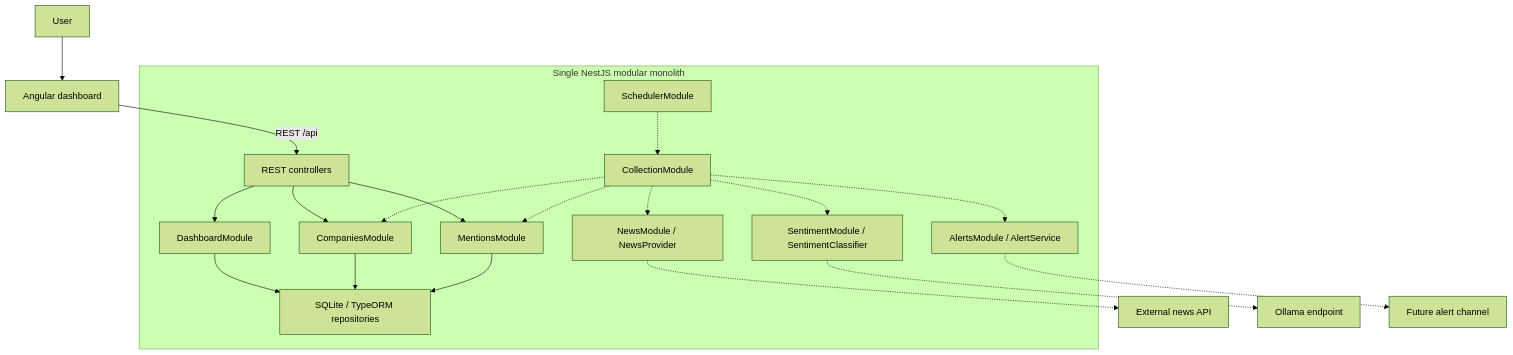
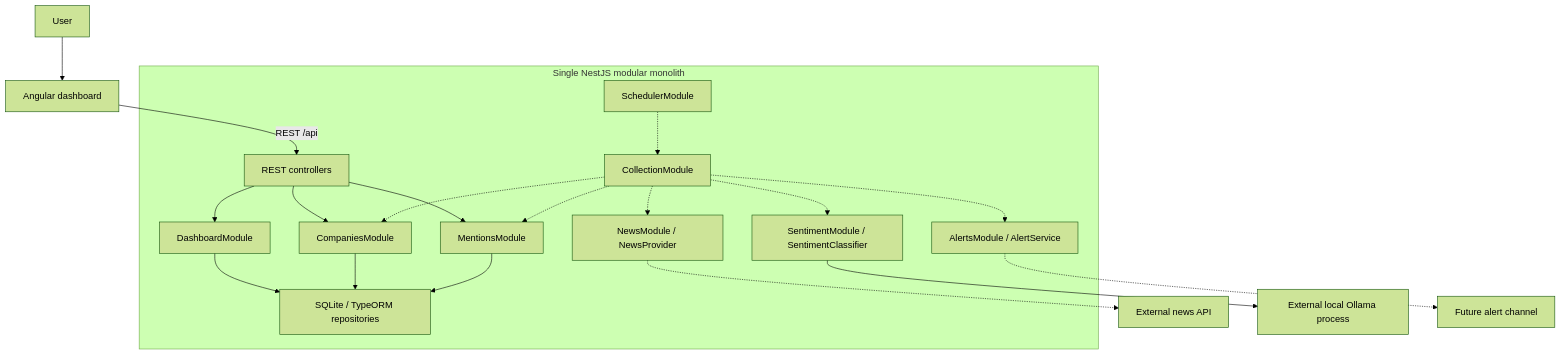
One commit to HenFaibishProjects/ourcrowd-press-monitor changed the first of 3 diagrams in docs/ARCHITECTURE.md. Above: the diagram before and after it, drawn with Mermaid (forest theme). The commit also changed other lines of this file and 25 other files, not shown here.

First line of the commit message:
Add company seed import and local Ollama sentiment classification

````diff
--- a/docs/ARCHITECTURE.md
+++ b/docs/ARCHITECTURE.md
@@ -62,23 +62,23 @@
 ```mermaid
 flowchart TD
     User[User] --> Angular[Angular dashboard]
     Angular -->|REST /api| API
     subgraph Nest[Single NestJS modular monolith]
         API[REST controllers]
         API --> Dashboard[DashboardModule]
         API --> Companies[CompaniesModule]
         API --> Mentions[MentionsModule]
         Scheduler[SchedulerModule] -.-> Collection[CollectionModule]
         Collection -.-> Companies
         Collection -.-> News[NewsModule / NewsProvider]
         Collection -.-> Sentiment[SentimentModule / SentimentClassifier]
         Collection -.-> Mentions
         Collection -.-> Alerts[AlertsModule / AlertService]
         Dashboard --> Storage
     end
     News -.-> NewsAPI[External news API]
-    Sentiment -.-> Ollama[Ollama endpoint]
+    Sentiment --> Ollama[External local Ollama process]
     Companies --> Storage[SQLite / TypeORM repositories]
     Mentions --> Storage
     Alerts -.-> Channel[Future alert channel]
 ```
````
